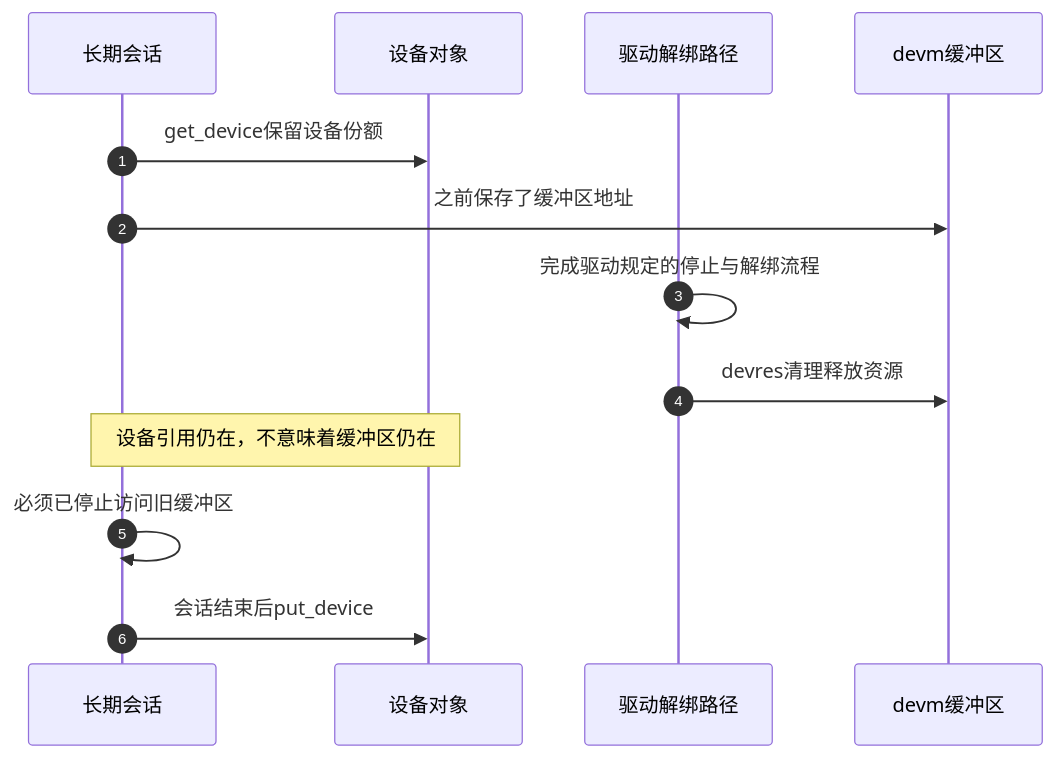
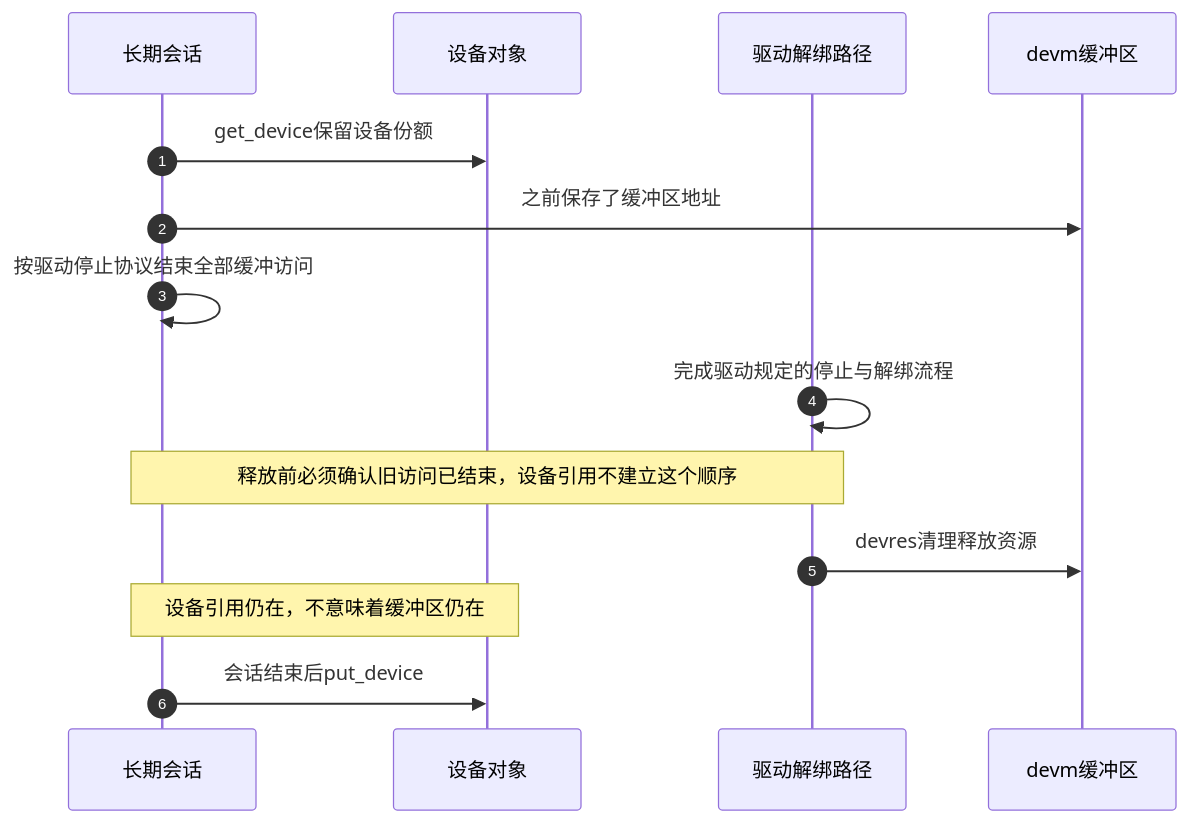
The sixth of 12 diagrams in knowledge/linux/object_lifetime/kref/P11_kref_refcount_t_kobject_的边界.md (FormingSystem/linux_note), drawn with Mermaid before and after one commit. The commit also changed other lines of this file, not shown here.

````diff
--- a/knowledge/linux/object_lifetime/kref/P11_kref_refcount_t_kobject_的边界.md
+++ b/knowledge/linux/object_lifetime/kref/P11_kref_refcount_t_kobject_的边界.md
@@ -410,15 +438,16 @@
 ```mermaid
 sequenceDiagram
     autonumber
     participant S as 长期会话
     participant D as 设备对象
     participant U as 驱动解绑路径
     participant B as devm缓冲区
     S->>D: get_device保留设备份额
     S->>B: 之前保存了缓冲区地址
+    S->>S: 按驱动停止协议结束全部缓冲访问
     U->>U: 完成驱动规定的停止与解绑流程
+    Note over S,U: 释放前必须确认旧访问已结束，设备引用不建立这个顺序
     U->>B: devres清理释放资源
     Note over S,D: 设备引用仍在，不意味着缓冲区仍在
-    S->>S: 必须已停止访问旧缓冲区
     S->>D: 会话结束后put_device
 ```
````
